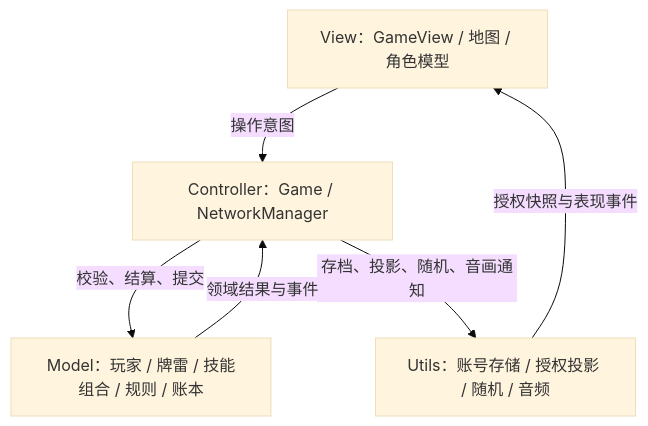
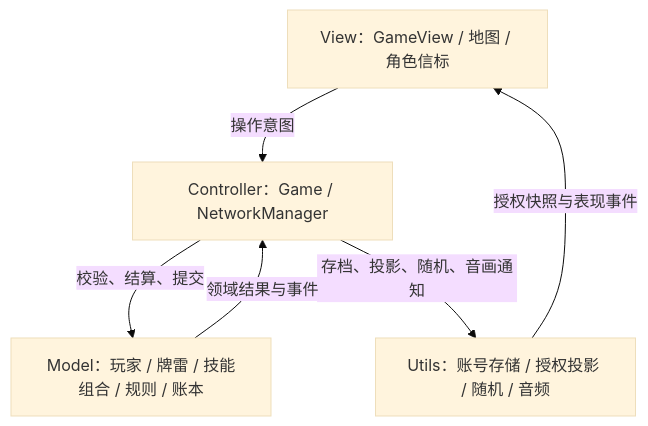
Before and after one commit to impureWine/UML: the first of 3 diagrams in docs/03-design.md, drawn with Mermaid (base theme). The commit also changed other lines of this file and 3 other files, not shown here.

````diff
--- a/docs/03-design.md
+++ b/docs/03-design.md
@@ -51,12 +54,12 @@
 ```mermaid
 flowchart TB
-  V[View：GameView / 地图 / 角色模型]
+  V[View：GameView / 地图 / 角色信标]
   C[Controller：Game / NetworkManager]
   M[Model：玩家 / 牌雷 / 技能组合 / 规则 / 账本]
   U[Utils：账号存储 / 授权投影 / 随机 / 音频]
   V -->|操作意图| C
   C -->|校验、结算、提交| M
   C -->|存档、投影、随机、音画通知| U
   M -->|领域结果与事件| C
   U -->|授权快照与表现事件| V
 ```
````
